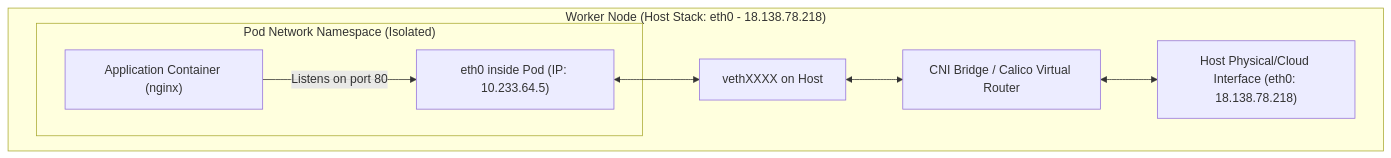
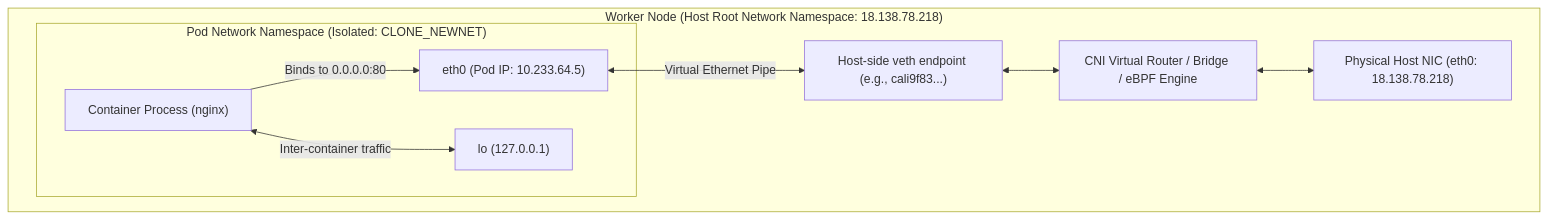
One commit to seang454/kubernete-aws-gcp changed the seventh of 9 diagrams in kubernetes_pod_networking_and_service_types.md. Above: the diagram before and after it, drawn with Mermaid. The commit also changed other lines of this file, not shown here.

````diff
--- a/kubernetes_pod_networking_and_service_types.md
+++ b/kubernetes_pod_networking_and_service_types.md
@@ -213,18 +220,20 @@
 ```mermaid
 flowchart TD
-    subgraph HostVM["Worker Node (Host Stack: eth0 - 18.138.78.218)"]
-        subgraph PodNamespace["Pod Network Namespace (Isolated)"]
-            Container["Application Container (nginx)"]
-            PodVeth["eth0 inside Pod (IP: 10.233.64.5)"]
-            Container -->|Listens on port 80| PodVeth
+    subgraph HostVM["Worker Node (Host Root Network Namespace: 18.138.78.218)"]
+        subgraph PodNS["Pod Network Namespace (Isolated: CLONE_NEWNET)"]
+            AppProcess["Container Process (nginx)"]
+            Loopback["lo (127.0.0.1)"]
+            PodEth0["eth0 (Pod IP: 10.233.64.5)"]
+            AppProcess -->|Binds to 0.0.0.0:80| PodEth0
+            AppProcess <-->|Inter-container traffic| Loopback
         end
 
-        HostVeth["vethXXXX on Host"]
-        CNIRouter["CNI Bridge / Calico Virtual Router"]
-        HostNIC["Host Physical/Cloud Interface (eth0: 18.138.78.218)"]
+        HostVeth["Host-side veth endpoint (e.g., cali9f83...)"]
+        CNIRoute["CNI Virtual Router / Bridge / eBPF Engine"]
+        PhysicalNIC["Physical Host NIC (eth0: 18.138.78.218)"]
 
-        PodVeth <--> HostVeth
-        HostVeth <--> CNIRouter
-        CNIRouter <--> HostNIC
+        PodEth0 <-->|Virtual Ethernet Pipe| HostVeth
+        HostVeth <--> CNIRoute
+        CNIRoute <--> PhysicalNIC
     end
 ```
````
